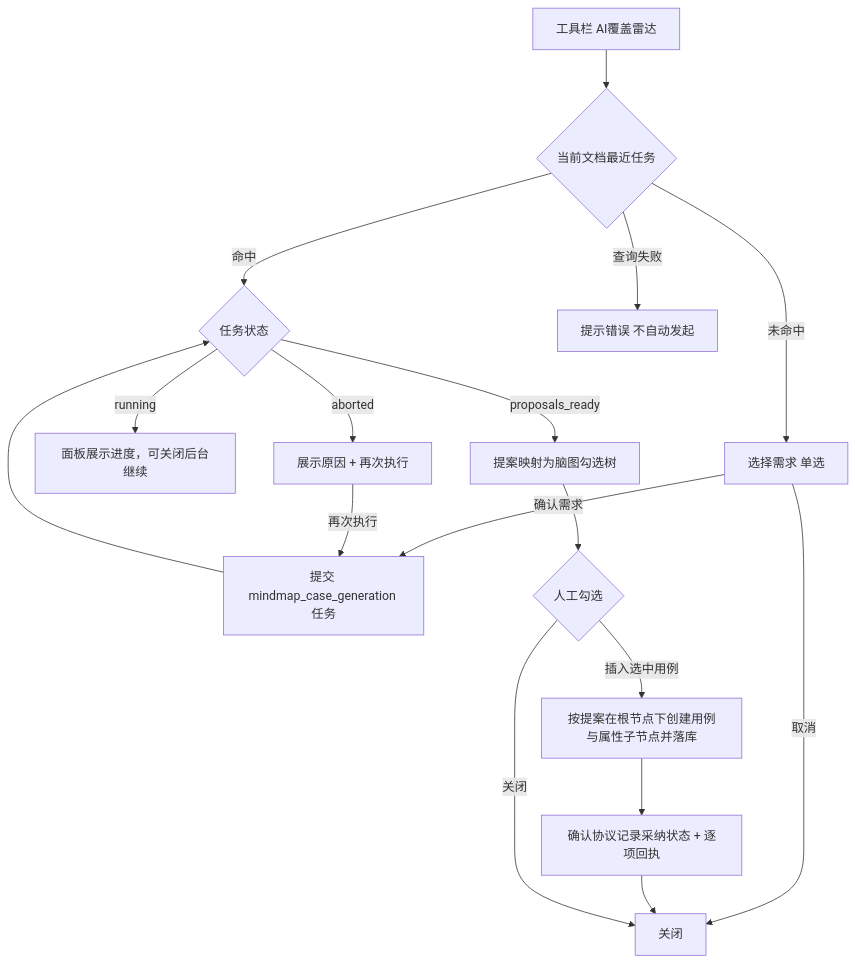
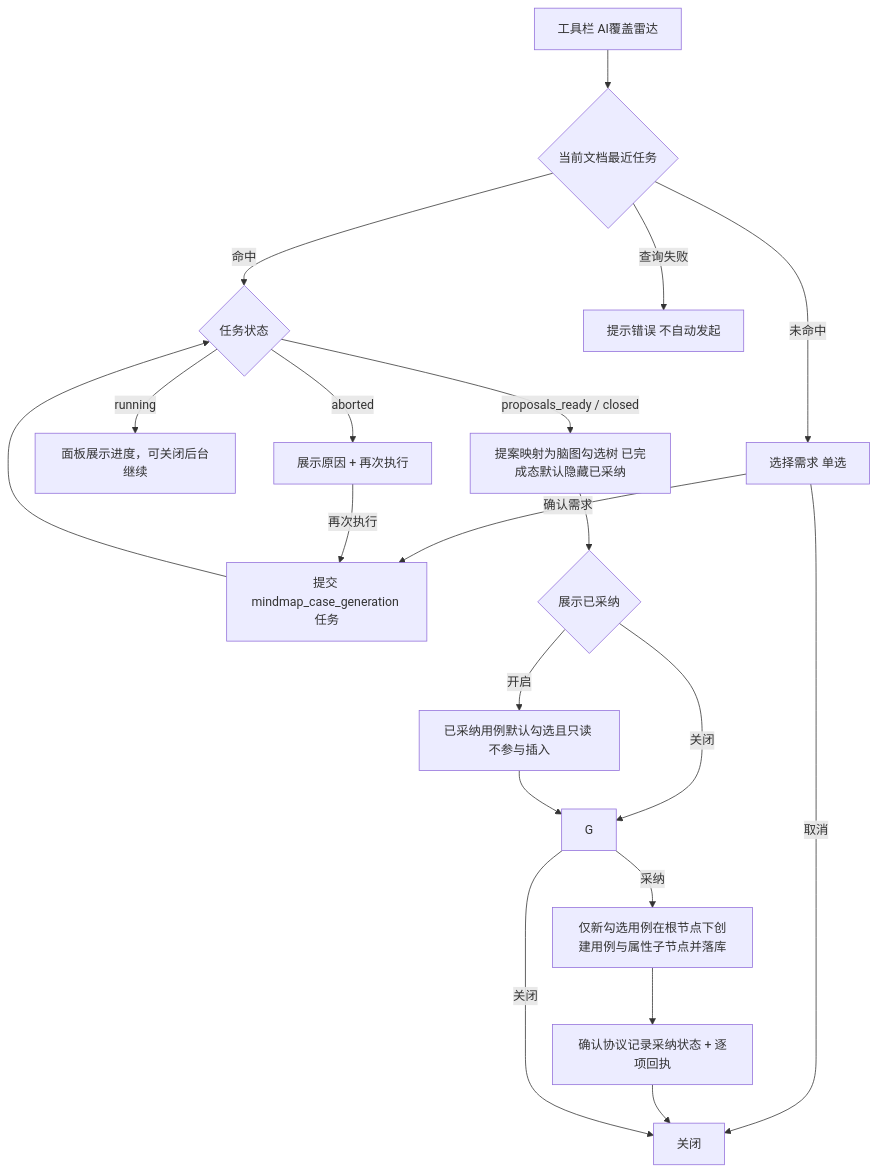
The second of 2 diagrams in docs/05-interaction-design/07-ai-capability/07-assisted-features-ui.md (XiaoMiSum/robotest), drawn with Mermaid before and after one commit. The commit also changed other lines of this file and 2 other files, not shown here.

````diff
--- a/docs/05-interaction-design/07-ai-capability/07-assisted-features-ui.md
+++ b/docs/05-interaction-design/07-ai-capability/07-assisted-features-ui.md
@@ -180,19 +182,22 @@
 ```mermaid
 flowchart TD
   A[工具栏 AI覆盖雷达] --> Q{当前文档最近任务}
   Q -- 命中 --> D{任务状态}
   Q -- 未命中 --> B[选择需求 单选]
   Q -- 查询失败 --> X[提示错误 不自动发起]
   B -- 取消 --> Z[关闭]
   B -- 确认需求 --> C[提交 mindmap_case_generation 任务]
   C --> D
   D -- running --> P[面板展示进度，可关闭后台继续]
   D -- aborted --> E[展示原因 + 再次执行]
-  D -- proposals_ready --> F[提案映射为脑图勾选树]
-  F --> G{人工勾选}
-  G -- 插入选中用例 --> H[按提案在根节点下创建用例与属性子节点并落库]
+  D -- proposals_ready / closed --> F[提案映射为脑图勾选树 已完成态默认隐藏已采纳]
+  F --> F2{展示已采纳}
+  F2 -- 开启 --> F3[已采纳用例默认勾选且只读 不参与插入]
+  F2 -- 关闭 --> G
+  F3 --> G
+  G -- 采纳 --> H[仅新勾选用例在根节点下创建用例与属性子节点并落库]
   H --> I[确认协议记录采纳状态 + 逐项回执]
   I --> Z
   G -- 关闭 --> Z
   E -- 再次执行 --> C
 ```
````
